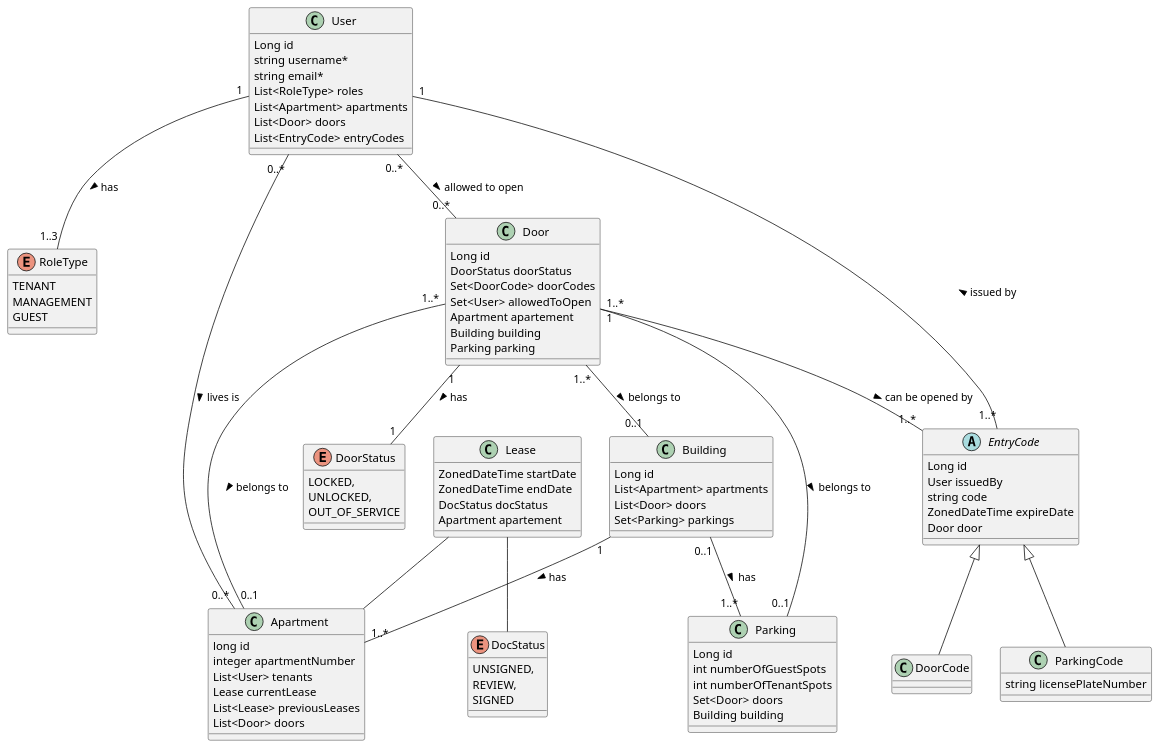
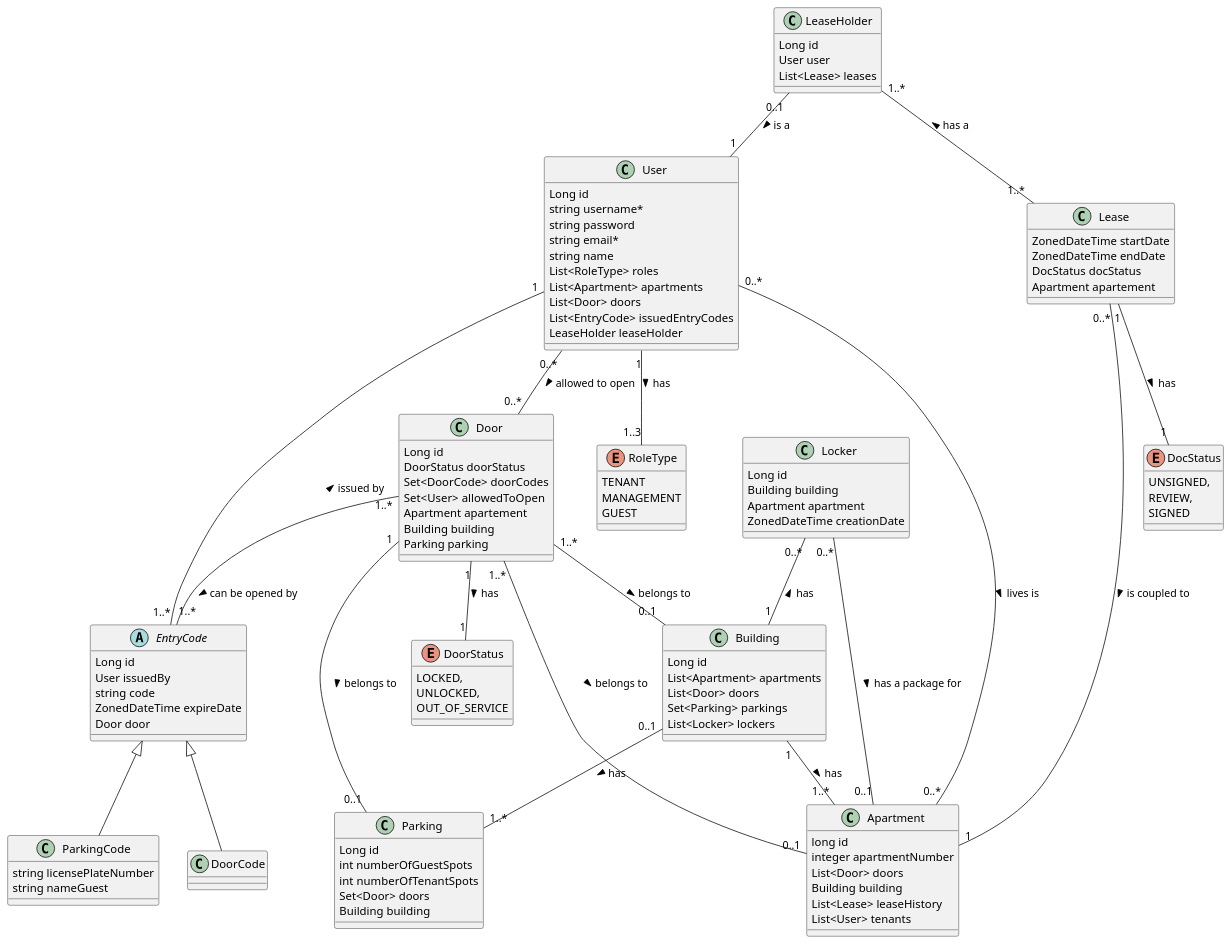
One commit to AramWondergem/DSD-backend changed the diagram in model.puml. Above: the diagram before and after it, drawn with PlantUML.

Commit message:
chore: updated UML diagram

```diff
--- a/model.puml
+++ b/model.puml
@@ -1,107 +1,131 @@
 @startuml
 class User{
 Long id
 string username*
+string password
 string email*
+string name
 List<RoleType> roles
 List<Apartment> apartments
 List<Door> doors
-List<EntryCode> entryCodes
+List<EntryCode> issuedEntryCodes
+LeaseHolder leaseHolder
 }
 
 enum RoleType{
 TENANT
 MANAGEMENT
 GUEST
 }
 
 class Apartment {
 long id
 integer apartmentNumber
+List<Door> doors
+Building building
+List<Lease> leaseHistory
 List<User> tenants
-Lease currentLease
-List<Lease> previousLeases
-List<Door> doors
 }
-
-
 
 class Building {
 Long id
 List<Apartment> apartments
 List<Door> doors
 Set<Parking> parkings
+List<Locker> lockers
 }
 
 class Door{
 Long id
 DoorStatus doorStatus
 Set<DoorCode> doorCodes
 Set<User> allowedToOpen
 Apartment apartement
 Building building
 Parking parking
 }
 
 class Parking {
 Long id
 int numberOfGuestSpots
 int numberOfTenantSpots
 Set<Door> doors
 Building building
 }
 
 enum DoorStatus{
 LOCKED,
 UNLOCKED,
 OUT_OF_SERVICE
 }
 
 abstract class EntryCode {
 Long id
 User issuedBy
 string code
 ZonedDateTime expireDate
 Door door
 }
 
 class DoorCode extends EntryCode {
 }
 
 class ParkingCode extends EntryCode {
 string licensePlateNumber
+string nameGuest
 }
 
 class Lease {
 ZonedDateTime startDate
 ZonedDateTime endDate
 DocStatus docStatus
 Apartment apartement
 }
 
 enum DocStatus {
 UNSIGNED,
 REVIEW,
 SIGNED
 }
 
+class LeaseHolder {
+Long id
+User user
+List<Lease> leases
+}
+
+
+class Locker {
+Long id
+Building building
+Apartment apartment
+ZonedDateTime creationDate
+}
+
+
 
 
 User "1" -- "1..3" RoleType : > has
-Lease -- DocStatus
-Lease -- Apartment
+Lease "1" -- "1" DocStatus : > has
+Lease "0..*" -- "1" Apartment: > is coupled to
 User "0..*" -- "0..*" Apartment : > lives is
 Building "1" -- "1..*" Apartment : > has
 Door "1..*" -- "0..1" Building : > belongs to
 Door "1..*" -- "0..1" Apartment: > belongs to
 Door "1" -- "1" DoorStatus : > has
 Door "1..*" -- "1..*" EntryCode : > can be opened by
 EntryCode "1..*" -- "1" User :  > issued by
 User "0..*" -- "0..*" Door : > allowed to open
 Building "0..1" -- "1..*" Parking : > has
 Parking "0..1" -- "1" Door : < belongs to
+Locker "0..*" -- "1" Building : < has
+Locker "0..*" -- "0..1" Apartment : > has a package for
+LeaseHolder "0..1" -- "1" User : > is a
+LeaseHolder "1..*" -- "1..*" Lease : < has a
+
+
 
 
 
 
 @enduml
```
